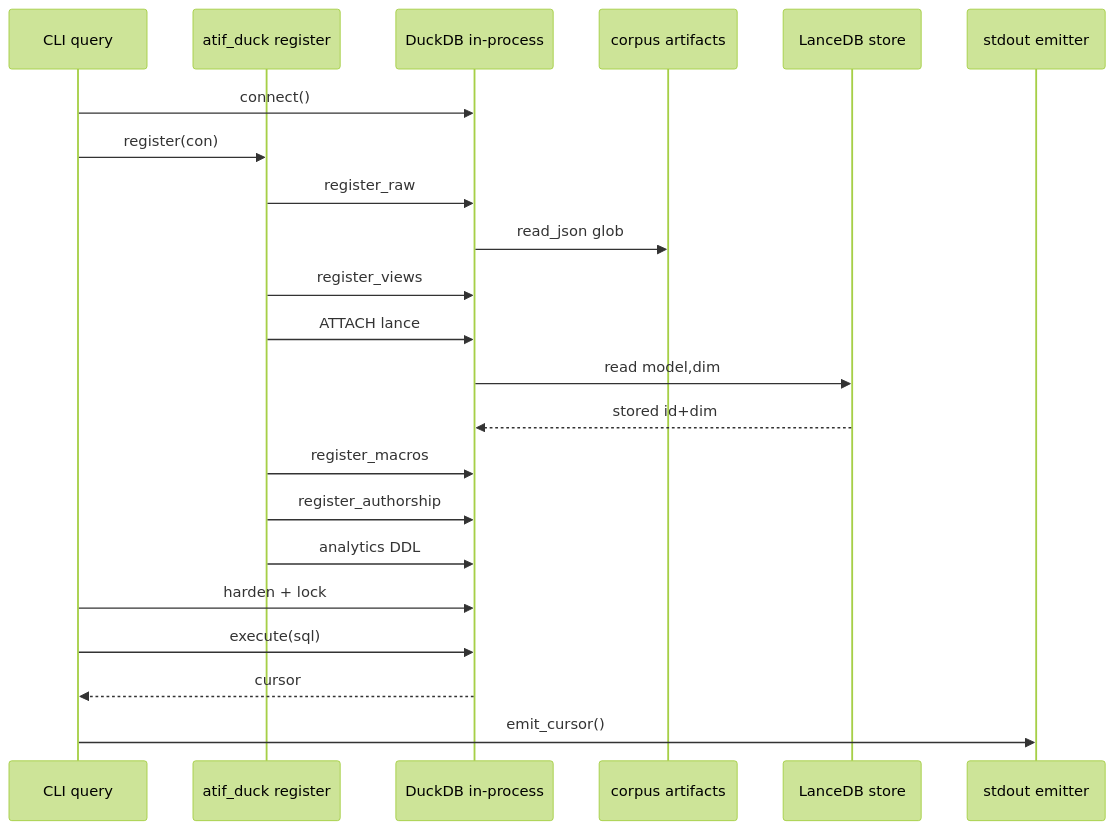
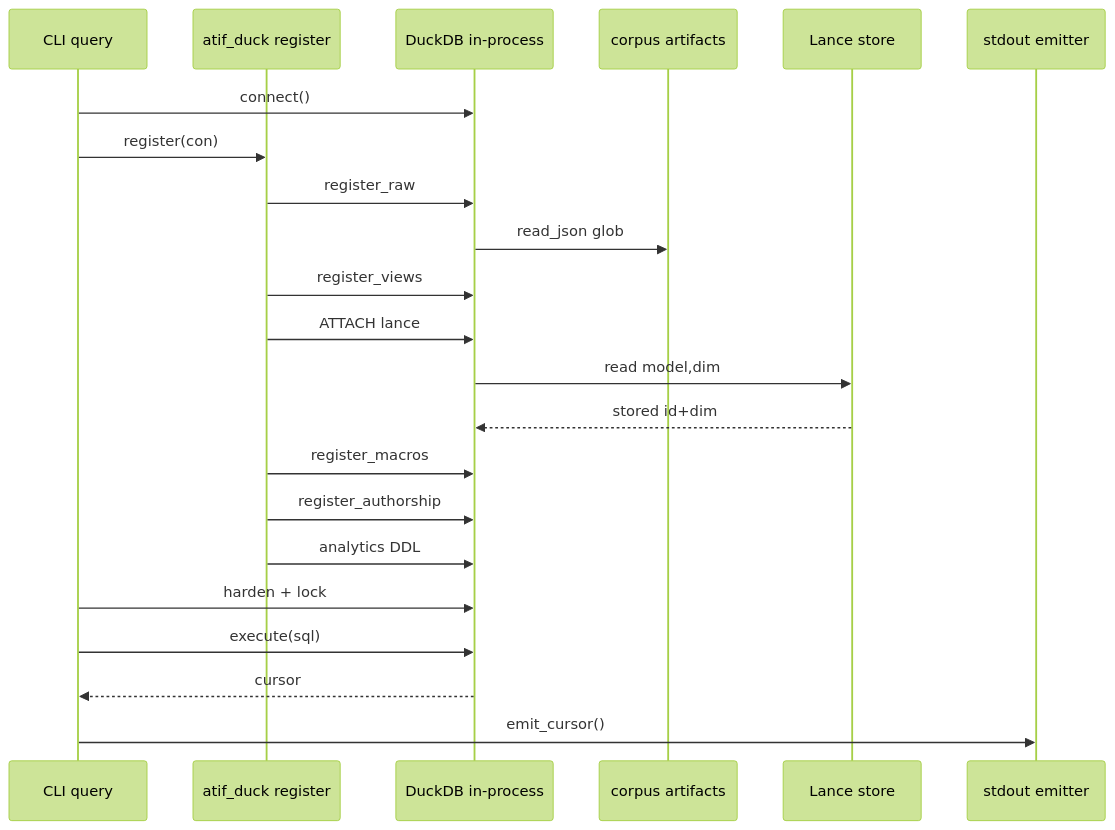
The second of 3 diagrams in docs/diagrams/behavioral/sequences.md (laithalsaadoon/atif-sql), drawn with Mermaid (forest theme) before and after one commit. The commit also changed other lines of this file and 27 other files, not shown here.

First line of the commit message:
docs: describe the store as written through DuckDB's lance extension

````diff
--- a/docs/diagrams/behavioral/sequences.md
+++ b/docs/diagrams/behavioral/sequences.md
@@ -53,24 +53,24 @@
 ```mermaid
 sequenceDiagram
     participant CLI as CLI query
     participant REG as atif_duck register
     participant DB as DuckDB in-process
     participant FS as corpus artifacts
-    participant LN as LanceDB store
+    participant LN as Lance store
     participant OUT as stdout emitter
     CLI->>DB: connect()
     CLI->>REG: register(con)
     REG->>DB: register_raw
     DB->>FS: read_json glob
     REG->>DB: register_views
     REG->>DB: ATTACH lance
     DB->>LN: read model,dim
     LN-->>DB: stored id+dim
     REG->>DB: register_macros
     REG->>DB: register_authorship
     REG->>DB: analytics DDL
     CLI->>DB: harden + lock
     CLI->>DB: execute(sql)
     DB-->>CLI: cursor
     CLI->>OUT: emit_cursor()
 ```
````
